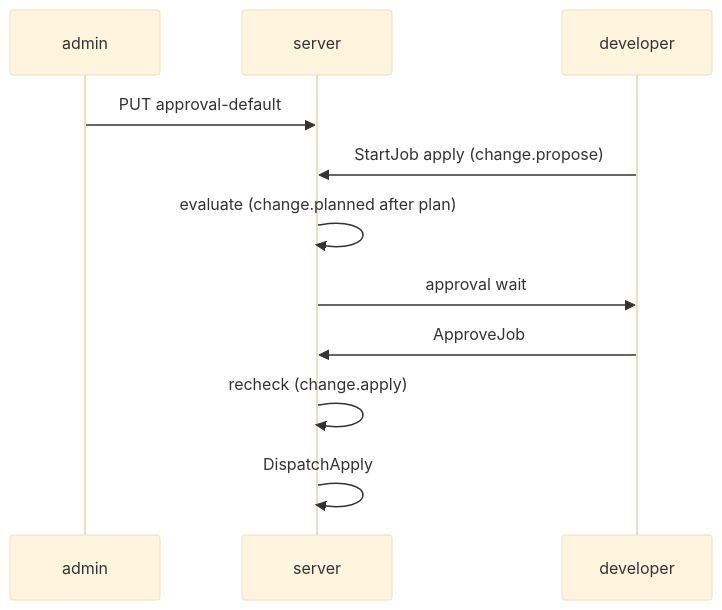
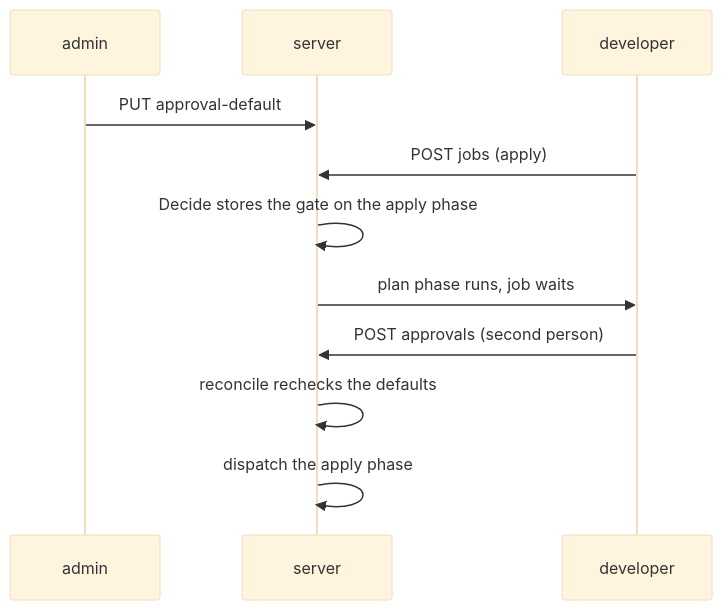
Before and after one commit to OpenDustpan/OpenDustpan: the first of 2 diagrams in openspec/changes/approval-defaults-take-effect-live/design.md, drawn with Mermaid (base theme). The commit also changed other lines of this file and 4 other files, not shown here.

First line of the commit message:
openspec: rewrite approval-defaults-take-effect-live to what main lacks

````diff
--- a/openspec/changes/approval-defaults-take-effect-live/design.md
+++ b/openspec/changes/approval-defaults-take-effect-live/design.md
@@ -31,13 +34,13 @@
 ```mermaid
 sequenceDiagram
  participant A as admin
  participant S as server
  participant D as developer
  A->>S: PUT approval-default
- D->>S: StartJob apply (change.propose)
- S->>S: evaluate (change.planned after plan)
- S->>D: approval wait
- D->>S: ApproveJob
- S->>S: recheck (change.apply)
- S->>S: DispatchApply
+ D->>S: POST jobs (apply)
+ S->>S: Decide stores the gate on the apply phase
+ S->>D: plan phase runs, job waits
+ D->>S: POST approvals (second person)
+ S->>S: reconcile rechecks the defaults
+ S->>S: dispatch the apply phase
 ```
````
